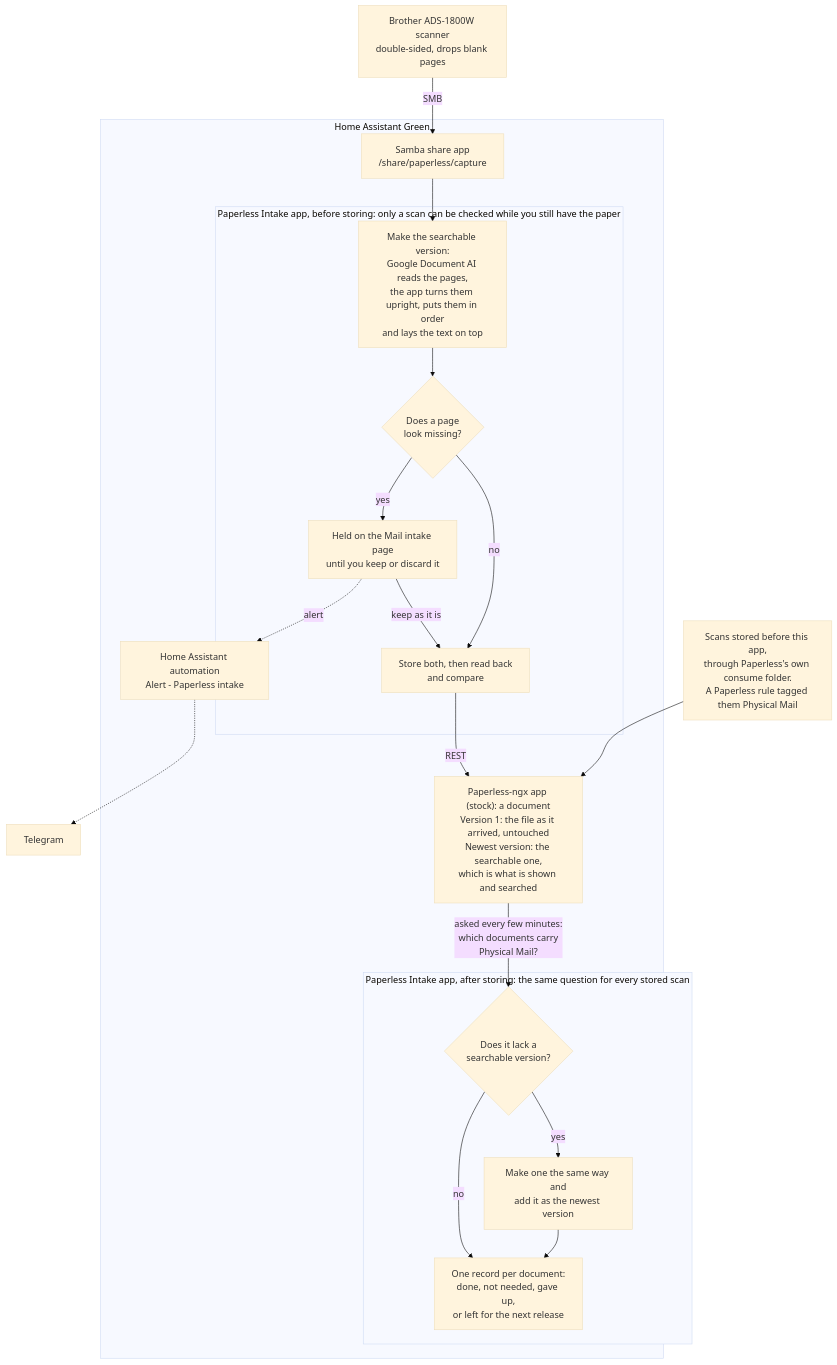
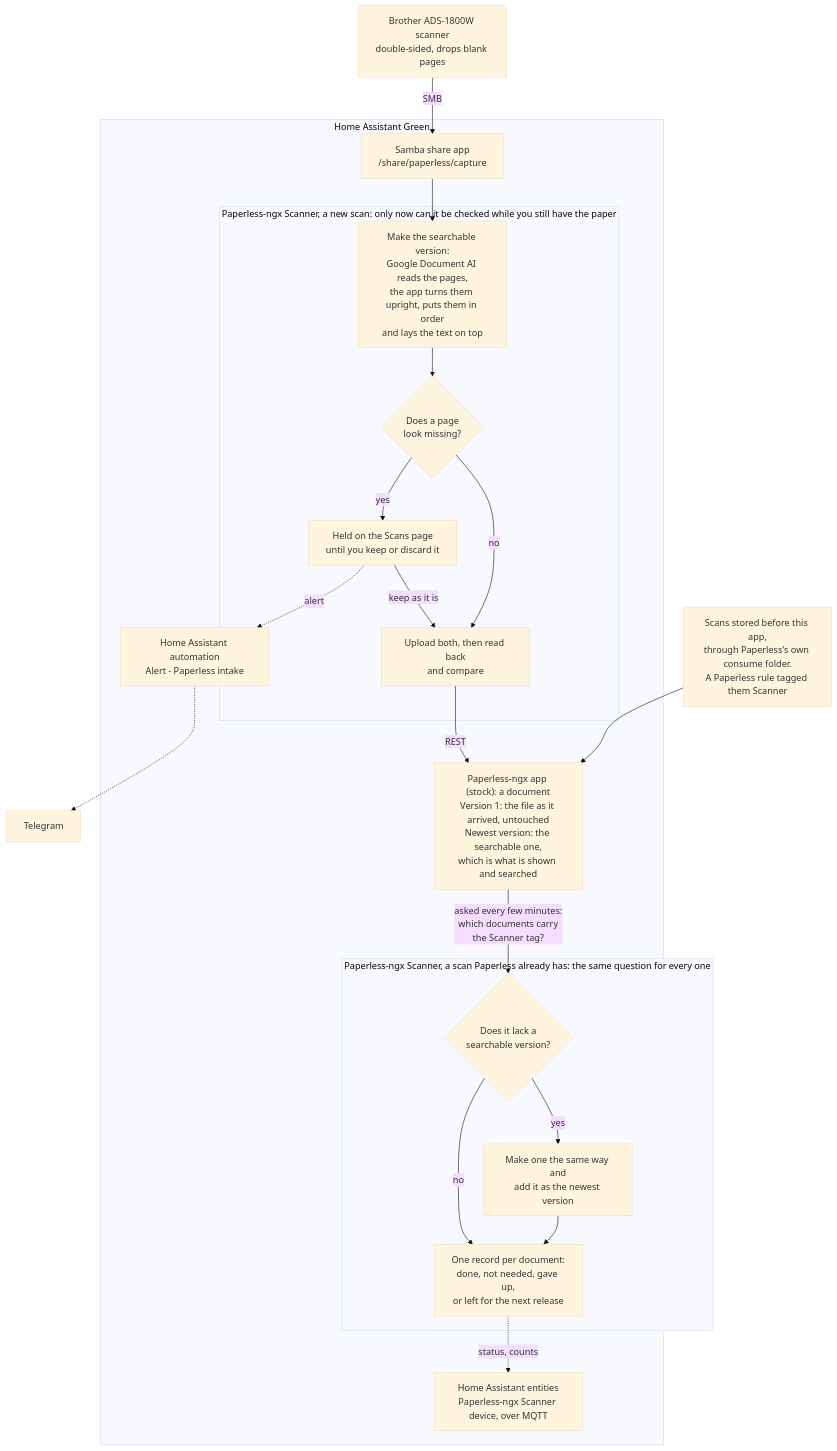
Before and after one commit to JaneJeon/homeassistant-apps: the diagram in paperless-ngx-intake/README.md, drawn with Mermaid (base theme). The commit also changed other lines of this file and 37 other files, not shown here.

First line of the commit message:
Paperless-ngx Scanner 1.4.0: start each scan only when the Green and Paperless can take it (#54)

````diff
--- a/paperless-ngx-intake/README.md
+++ b/paperless-ngx-intake/README.md
@@ -9,38 +11,40 @@
 ```mermaid
 flowchart TD
     scanner["Brother ADS-1800W scanner<br/>double-sided, drops blank pages"]
-    old["Scans stored before this app,<br/>through Paperless's own consume folder.<br/>A Paperless rule tagged them Physical Mail"]
+    old["Scans stored before this app,<br/>through Paperless's own consume folder.<br/>A Paperless rule tagged them Scanner"]
     telegram["Telegram"]
 
     subgraph green["Home Assistant Green"]
         samba["Samba share app<br/>/share/paperless/capture"]
 
-        subgraph before["Paperless Intake app, before storing: only a scan can be checked while you still have the paper"]
+        subgraph before["Paperless-ngx Scanner, a new scan: only now can it be checked while you still have the paper"]
             make["Make the searchable version:<br/>Google Document AI reads the pages,<br/>the app turns them upright, puts them in order<br/>and lays the text on top"]
             gap{"Does a page<br/>look missing?"}
-            held["Held on the Mail intake page<br/>until you keep or discard it"]
-            store["Store both, then read back<br/>and compare"]
+            held["Held on the Scans page<br/>until you keep or discard it"]
+            store["Upload both, then read back<br/>and compare"]
         end
 
         doc["Paperless-ngx app (stock): a document<br/>Version 1: the file as it arrived, untouched<br/>Newest version: the searchable one,<br/>which is what is shown and searched"]
 
-        subgraph after["Paperless Intake app, after storing: the same question for every stored scan"]
+        subgraph after["Paperless-ngx Scanner, a scan Paperless already has: the same question for every one"]
             need{"Does it lack a<br/>searchable version?"}
             add["Make one the same way and<br/>add it as the newest version"]
             record["One record per document:<br/>done, not needed, gave up,<br/>or left for the next release"]
         end
 
         ha["Home Assistant automation<br/>Alert - Paperless intake"]
+        numbers["Home Assistant entities<br/>Paperless-ngx Scanner device, over MQTT"]
     end
 
     scanner -- "SMB" --> samba --> make --> gap
     gap -- "no" --> store
     gap -- "yes" --> held
     held -- "keep as it is" --> store
     store -- "REST" --> doc
     old --> doc
-    doc -- "asked every few minutes:<br/>which documents carry<br/>Physical Mail?" --> need
+    doc -- "asked every few minutes:<br/>which documents carry<br/>the Scanner tag?" --> need
     need -- "yes" --> add --> record
     need -- "no" --> record
     held -. "alert" .-> ha -.-> telegram
+    record -. "status, counts" .-> numbers
 ```
````
